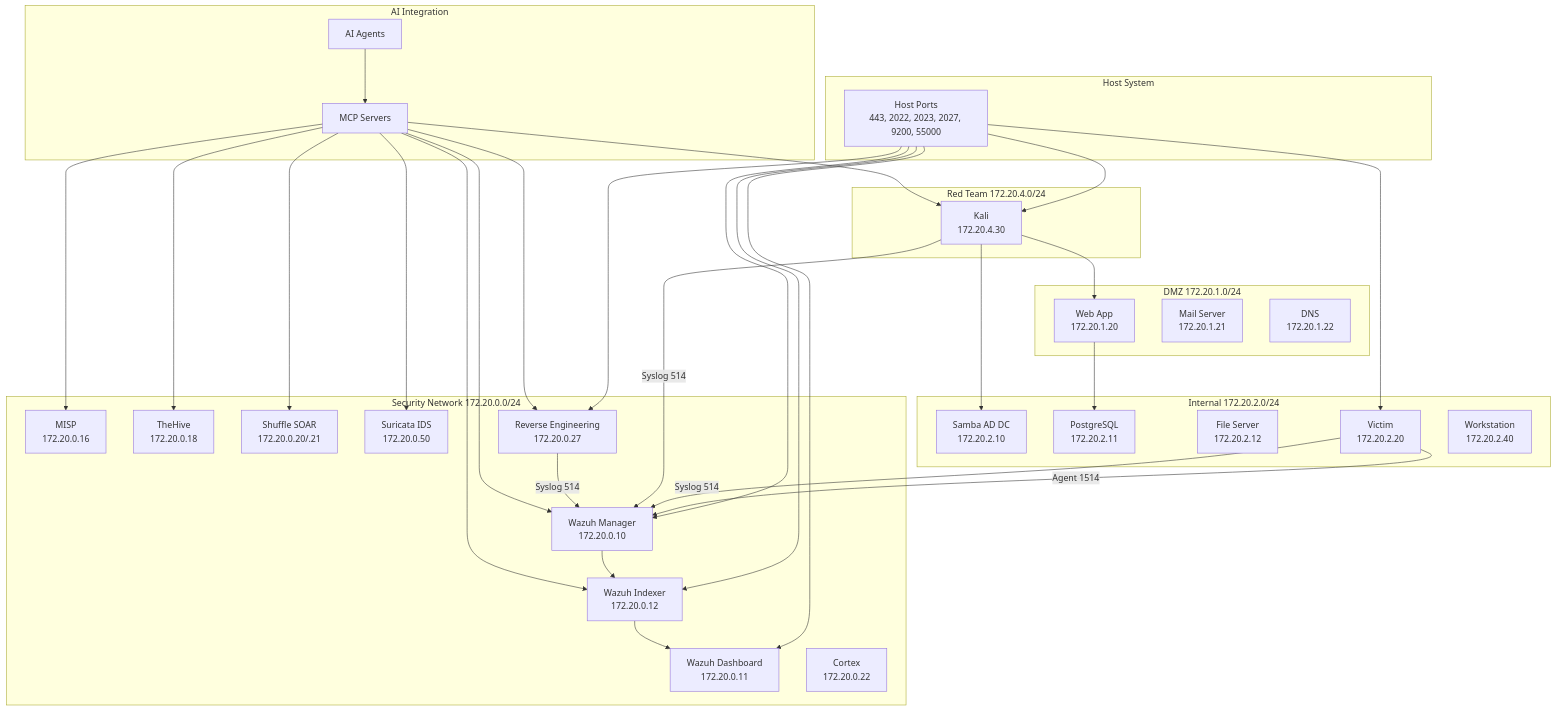
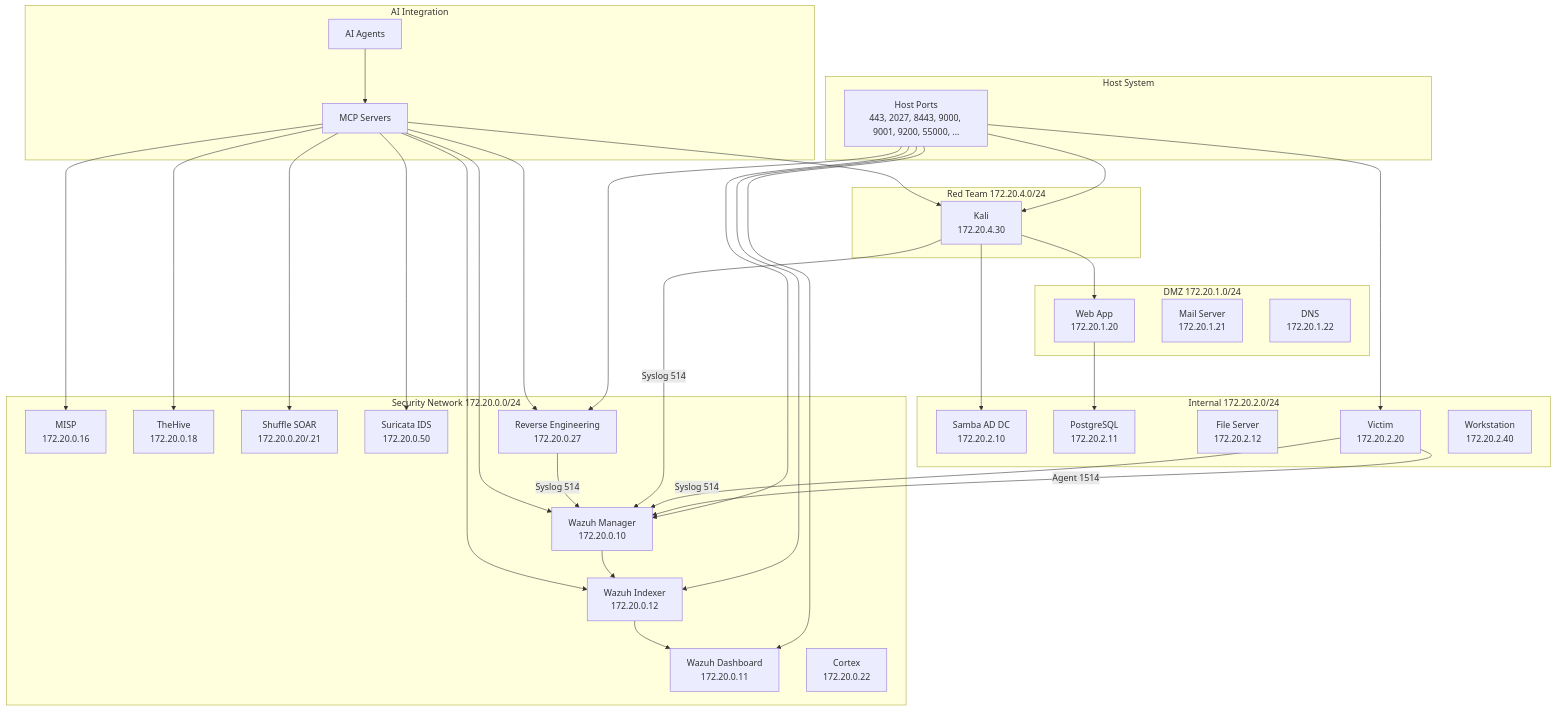
One commit to Brad-Edwards/aptl changed the diagram in docs/architecture/index.md. Above: the diagram before and after it, drawn with Mermaid. The commit also changed other lines of this file and 77 other files, not shown here.

````diff
--- a/docs/architecture/index.md
+++ b/docs/architecture/index.md
@@ -5,67 +5,67 @@
 ```mermaid
 flowchart TD
     subgraph "Host System"
-        H[Host Ports<br/>443, 2022, 2023, 2027, 9200, 55000]
+        H[Host Ports<br/>443, 2027, 8443, 9000, 9001, 9200, 55000, ...]
     end
 
     subgraph "Security Network 172.20.0.0/24"
         WM[Wazuh Manager<br/>172.20.0.10]
         WD[Wazuh Dashboard<br/>172.20.0.11]
         WI[Wazuh Indexer<br/>172.20.0.12]
         MISP[MISP<br/>172.20.0.16]
         TH[TheHive<br/>172.20.0.18]
         SHUF[Shuffle SOAR<br/>172.20.0.20/.21]
         CTX[Cortex<br/>172.20.0.22]
         SUR[Suricata IDS<br/>172.20.0.50]
         R[Reverse Engineering<br/>172.20.0.27]
     end
 
     subgraph "DMZ 172.20.1.0/24"
         WA[Web App<br/>172.20.1.20]
         MAIL[Mail Server<br/>172.20.1.21]
         DNS[DNS<br/>172.20.1.22]
     end
 
     subgraph "Internal 172.20.2.0/24"
         AD[Samba AD DC<br/>172.20.2.10]
         DB[PostgreSQL<br/>172.20.2.11]
         FS[File Server<br/>172.20.2.12]
         V[Victim<br/>172.20.2.20]
         WS[Workstation<br/>172.20.2.40]
     end
 
     subgraph "Red Team 172.20.4.0/24"
         K[Kali<br/>172.20.4.30]
     end
 
     H --> WD
     H --> V
     H --> K
     H --> WI
     H --> WM
     H --> R
     V --> |Agent 1514| WM
     V --> |Syslog 514| WM
     K --> |Syslog 514| WM
     WM --> WI
     WI --> WD
     R --> |Syslog 514| WM
     K --> WA
     K --> AD
     WA --> DB
 
     subgraph "AI Integration"
         MCP[MCP Servers]
         AI[AI Agents]
     end
 
     AI --> MCP
     MCP --> K
     MCP --> WM
     MCP --> WI
     MCP --> R
     MCP --> MISP
     MCP --> TH
     MCP --> SHUF
     MCP --> SUR
 ```
````
